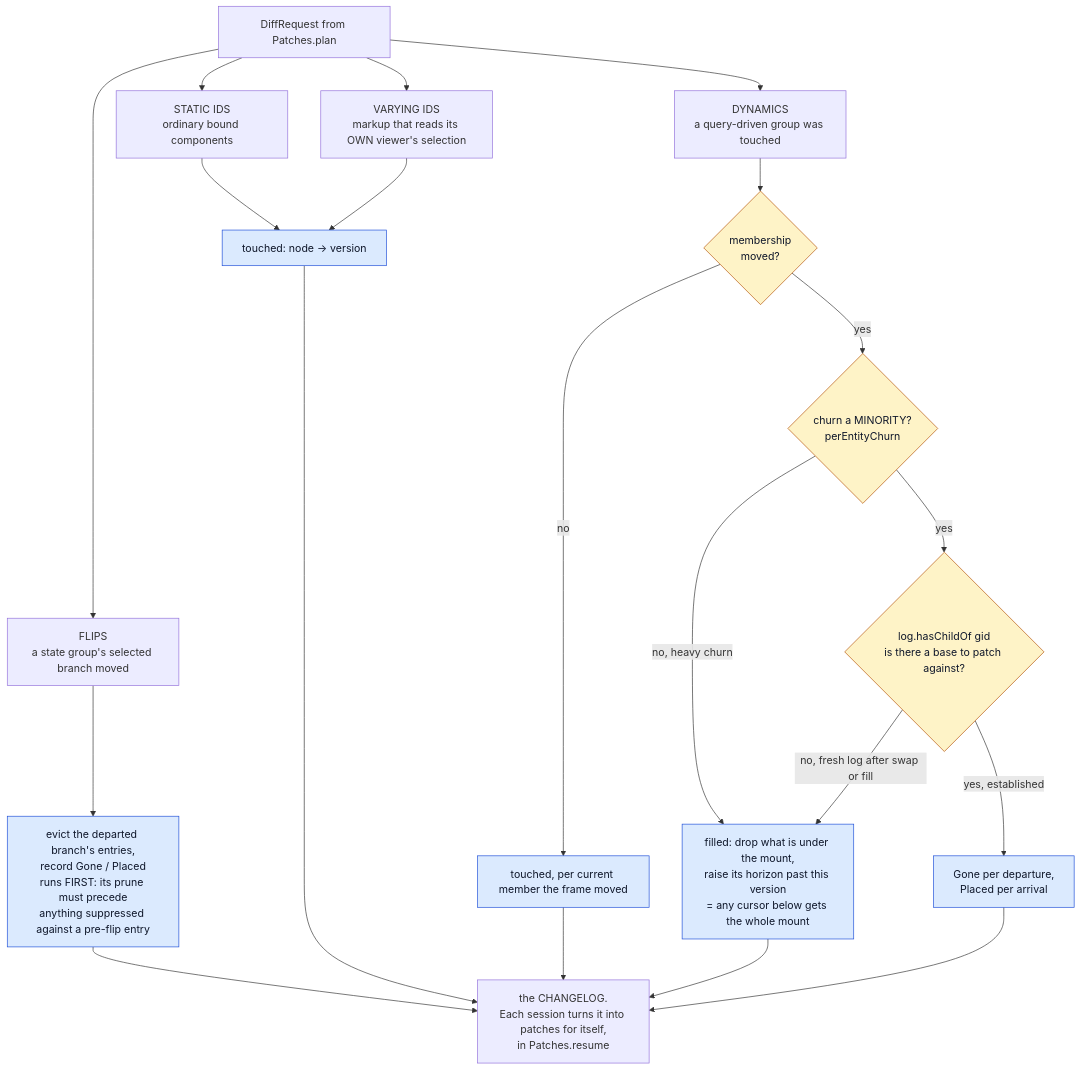
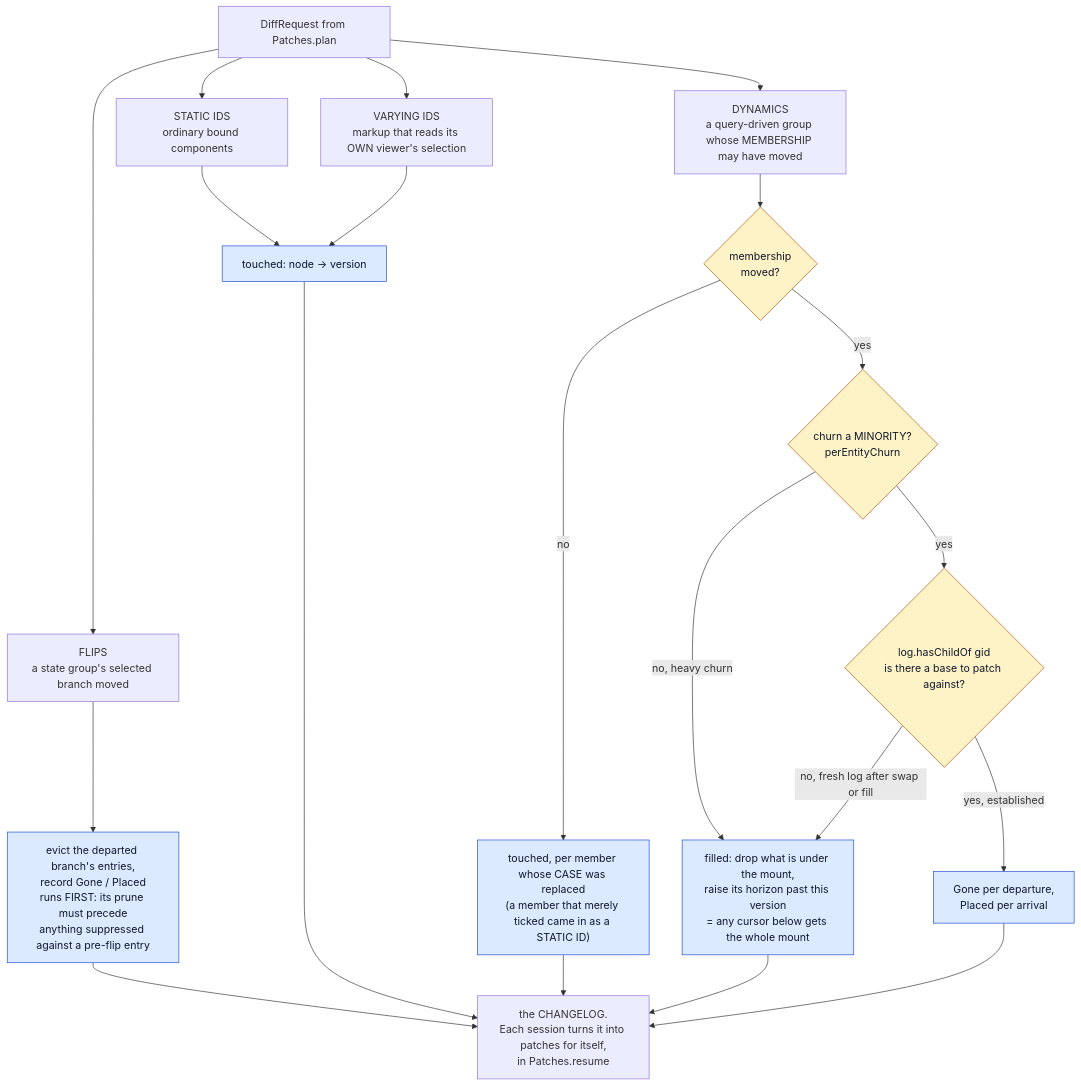
One commit to perok/functional-home-assistant changed the second of 3 diagrams in docs/architecture-rendering-pipeline.md. Above: the diagram before and after it, drawn with Mermaid. The commit also changed other lines of this file and 6 other files, not shown here.

````diff
--- a/docs/architecture-rendering-pipeline.md
+++ b/docs/architecture-rendering-pipeline.md
@@ -270,33 +271,33 @@
 ```mermaid
 flowchart TB
   REQ["DiffRequest from Patches.plan"]
 
   REQ --> FLIP["FLIPS<br/>a state group's selected branch moved"]
   REQ --> STAT["STATIC IDS<br/>ordinary bound components"]
-  REQ --> DYN["DYNAMICS<br/>a query-driven group was touched"]
+  REQ --> DYN["DYNAMICS<br/>a query-driven group whose MEMBERSHIP may have moved"]
   REQ --> VAR["VARYING IDS<br/>markup that reads its OWN viewer's selection"]
 
   FLIP --> FLIPW["evict the departed branch's entries,<br/>record Gone / Placed<br/>runs FIRST: its prune must precede<br/>anything suppressed against a pre-flip entry"]
 
   STAT --> STATW["touched: node -&gt; version"]
   VAR --> STATW
 
   DYN --> SAME{"membership<br/>moved?"}
-  SAME -->|no| TICK["touched, per current member the frame moved"]
+  SAME -->|no| TICK["touched, per member whose CASE was replaced<br/>(a member that merely ticked came in as a STATIC ID)"]
   SAME -->|yes| CHURN{"churn a MINORITY?<br/>perEntityChurn"}
   CHURN -->|no, heavy churn| FILL["filled: drop what is under the mount,<br/>raise its horizon past this version<br/>= any cursor below gets the whole mount"]
   CHURN -->|yes| EST{"log.hasChildOf gid<br/>is there a base to patch against?"}
   EST -->|yes, established| DELTA["Gone per departure,<br/>Placed per arrival"]
   EST -->|no, fresh log after swap or fill| FILL
 
   FLIPW --> OUT["the CHANGELOG.<br/>Each session turns it into patches for itself,<br/>in Patches.resume"]
   STATW --> OUT
   TICK --> OUT
   FILL --> OUT
   DELTA --> OUT
 
   classDef write fill:#dbeafe,stroke:#1d4ed8,color:#0f172a
   classDef q fill:#fef3c7,stroke:#b45309,color:#0f172a
   class FLIPW,STATW,TICK,FILL,DELTA write
   class SAME,CHURN,EST q
 ```
````
